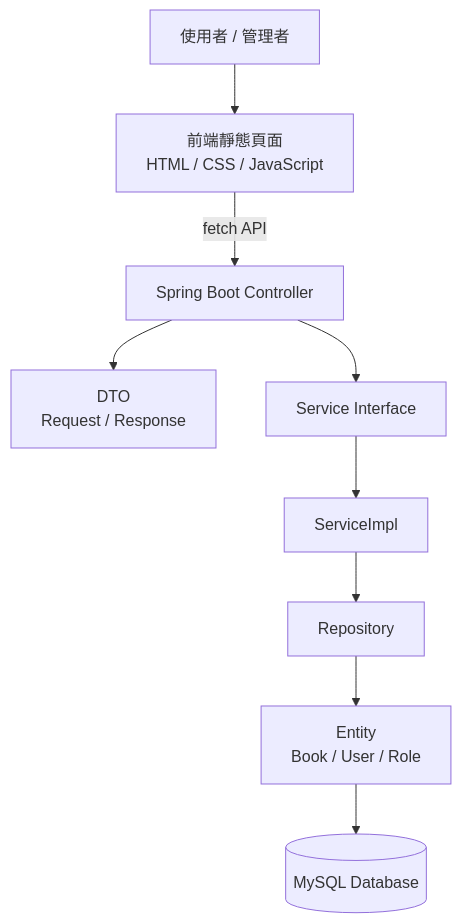
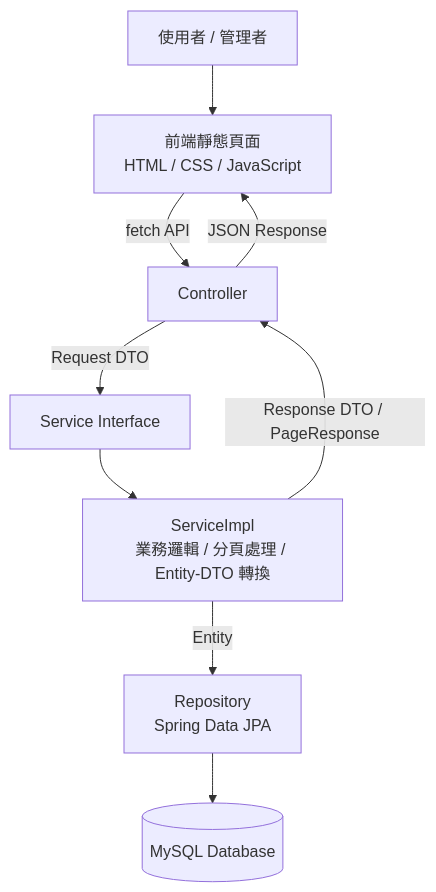
Before and after one commit to fizz123123/Books-Ordering-System: the first of 8 diagrams in docs/System_Design.md, drawn with Mermaid. The commit also changed other lines of this file, not shown here.

Commit message:
docs: update system design document for pagination and API changes

````diff
--- a/docs/System_Design.md
+++ b/docs/System_Design.md
@@ -28,14 +25,14 @@
 ```mermaid
 flowchart TD
     A[使用者 / 管理者] --> B[前端靜態頁面<br>HTML / CSS / JavaScript]
+    B -->|fetch API| C[Controller]
 
-    B -->|fetch API| C[Spring Boot Controller]
+    C -->|Request DTO| D[Service Interface]
+    D --> E[ServiceImpl<br>業務邏輯 / 分頁處理 / Entity-DTO 轉換]
 
-    C --> D[DTO<br>Request / Response]
-    C --> E[Service Interface]
+    E -->|Entity| F[Repository<br>Spring Data JPA]
+    F --> G[(MySQL Database)]
 
-    E --> F[ServiceImpl]
-    F --> G[Repository]
-    G --> H[Entity<br>Book / User / Role]
-    H --> I[(MySQL Database)]
+    E -->|Response DTO / PageResponse| C
+    C -->|JSON Response| B
 ```
````
